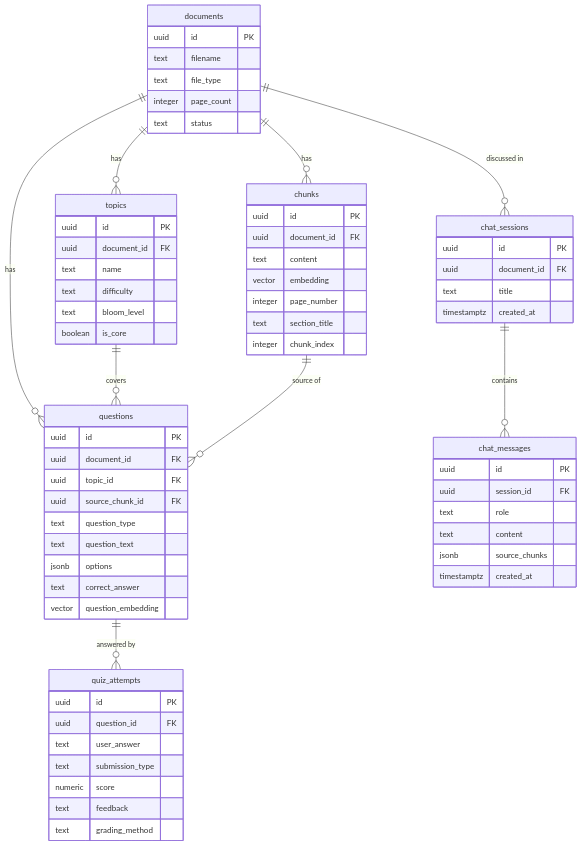
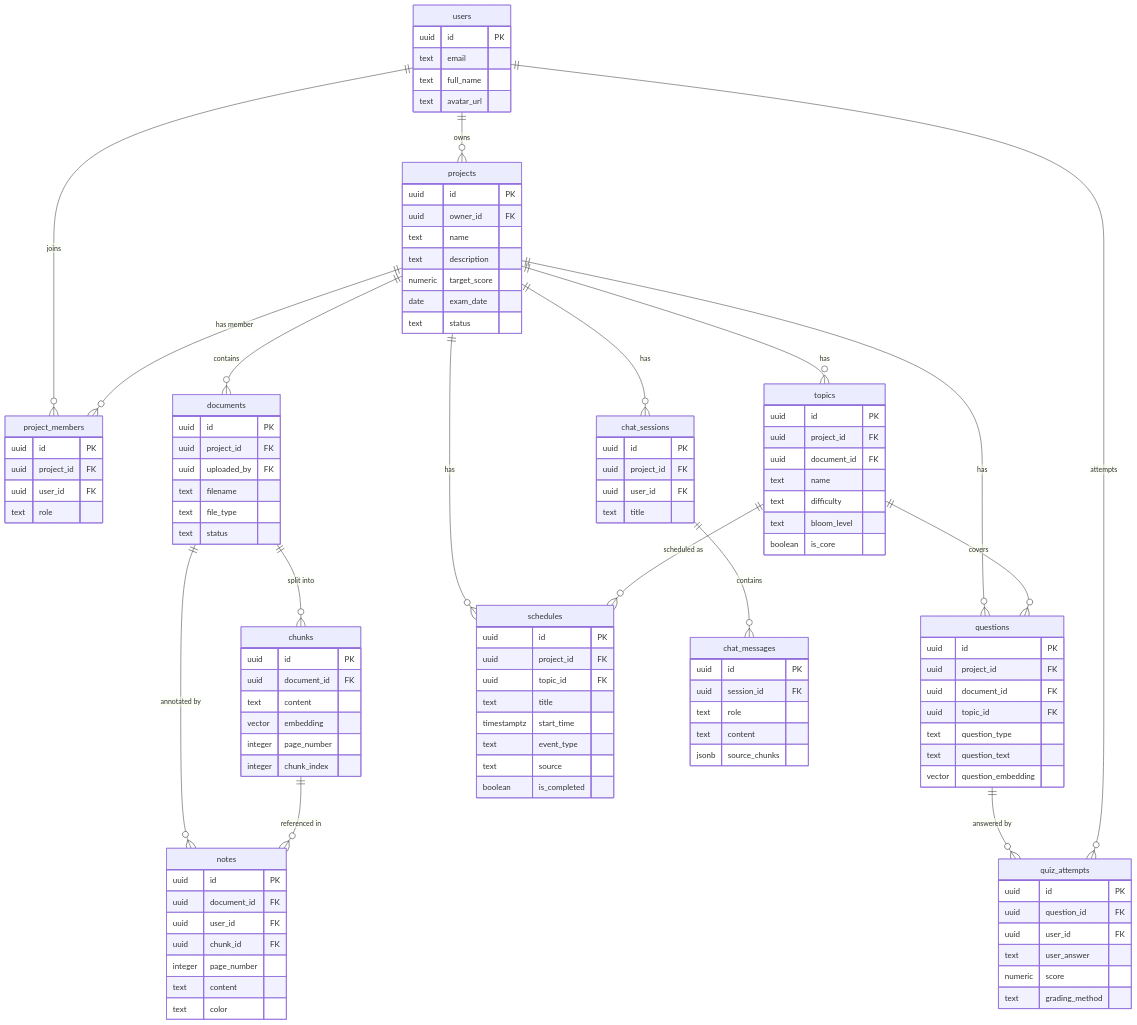
Before and after one commit to datnt-numenor/RAG-Tutor: the diagram in Database_design_plan.md, drawn with Mermaid. The commit also changed other lines of this file, not shown here.

````diff
--- a/Database_design_plan.md
+++ b/Database_design_plan.md
@@ -444,10 +277,32 @@
 ```mermaid
 erDiagram
+    users {
+        uuid id PK
+        text email
+        text full_name
+        text avatar_url
+    }
+    projects {
+        uuid id PK
+        uuid owner_id FK
+        text name
+        text description
+        numeric target_score
+        date exam_date
+        text status
+    }
+    project_members {
+        uuid id PK
+        uuid project_id FK
+        uuid user_id FK
+        text role
+    }
     documents {
         uuid id PK
+        uuid project_id FK
+        uuid uploaded_by FK
         text filename
         text file_type
-        integer page_count
         text status
     }
     chunks {
@@ -456,11 +311,11 @@
         text content
         vector embedding
         integer page_number
-        text section_title
         integer chunk_index
     }
     topics {
         uuid id PK
+        uuid project_id FK
         uuid document_id FK
         text name
         text difficulty
@@ -469,29 +324,36 @@
     }
     questions {
         uuid id PK
+        uuid project_id FK
         uuid document_id FK
         uuid topic_id FK
-        uuid source_chunk_id FK
         text question_type
         text question_text
-        jsonb options
-        text correct_answer
         vector question_embedding
     }
     quiz_attempts {
         uuid id PK
         uuid question_id FK
+        uuid user_id FK
         text user_answer
-        text submission_type
         numeric score
-        text feedback
         text grading_method
+    }
+    schedules {
+        uuid id PK
+        uuid project_id FK
+        uuid topic_id FK
+        text title
+        timestamptz start_time
+        text event_type
+        text source
+        boolean is_completed
     }
     chat_sessions {
         uuid id PK
-        uuid document_id FK
+        uuid project_id FK
+        uuid user_id FK
         text title
-        timestamptz created_at
     }
     chat_messages {
         uuid id PK
@@ -499,15 +361,31 @@
         text role
         text content
         jsonb source_chunks
-        timestamptz created_at
+    }
+    notes {
+        uuid id PK
+        uuid document_id FK
+        uuid user_id FK
+        uuid chunk_id FK
+        integer page_number
+        text content
+        text color
     }
 
-    documents ||--o{ chunks : "has"
-    documents ||--o{ topics : "has"
-    documents ||--o{ questions : "has"
-    documents ||--o{ chat_sessions : "discussed in"
+    users ||--o{ projects : "owns"
+    users ||--o{ project_members : "joins"
+    projects ||--o{ project_members : "has member"
+    projects ||--o{ documents : "contains"
+    projects ||--o{ topics : "has"
+    projects ||--o{ questions : "has"
+    projects ||--o{ schedules : "has"
+    projects ||--o{ chat_sessions : "has"
+    documents ||--o{ chunks : "split into"
+    documents ||--o{ notes : "annotated by"
+    chunks ||--o{ notes : "referenced in"
     topics ||--o{ questions : "covers"
-    chunks ||--o{ questions : "source of"
+    topics ||--o{ schedules : "scheduled as"
     questions ||--o{ quiz_attempts : "answered by"
+    users ||--o{ quiz_attempts : "attempts"
     chat_sessions ||--o{ chat_messages : "contains"
 ```
````
